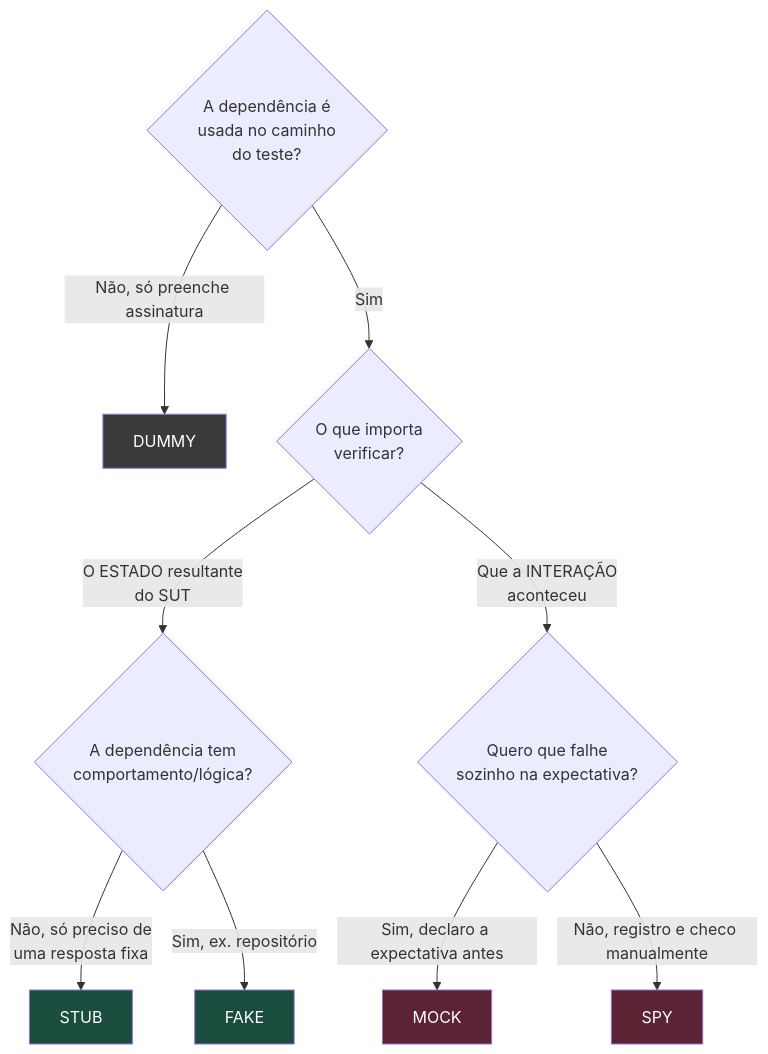
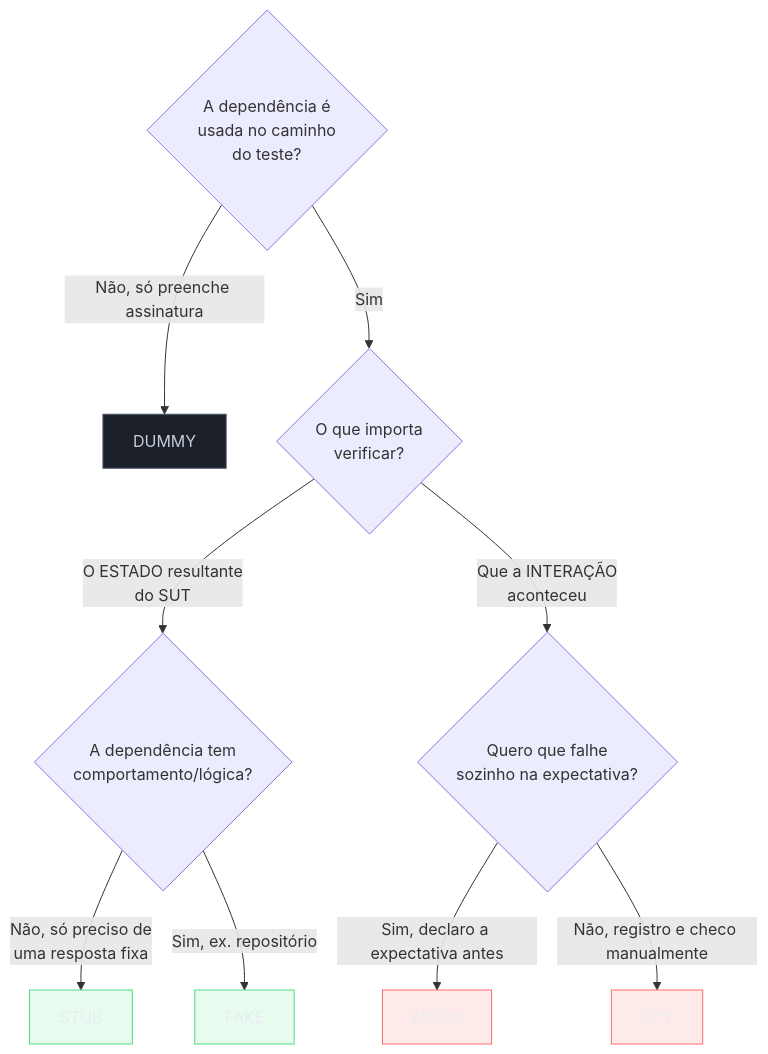
The fourth of 4 diagrams in 03-Dominios/Engenharia/Testes/05 - Test doubles - dummy, stub, spy, mock, fake.md (josenaldo/codex-technomanticus), drawn with Mermaid before and after one commit. The commit also changed other lines of this file and 1181 other files, not shown here.

First line of the commit message:
fix(diagramas): paleta do sistema no lugar de cor cravada no markdown

````diff
--- a/03-Dominios/Engenharia/Testes/05 - Test doubles - dummy, stub, spy, mock, fake.md
+++ b/03-Dominios/Engenharia/Testes/05 - Test doubles - dummy, stub, spy, mock, fake.md
@@ -229,21 +231,24 @@
 ```mermaid
 flowchart TD
+    classDef neutro fill:#1B2029,stroke:#4E5666,color:#C6CCD8
+    classDef ok fill:#4ADE8021,stroke:#4ADE80,color:#E9ECF2
+    classDef falha fill:#FF6B6B24,stroke:#FF6B6B,color:#E9ECF2
     Q1{"A dependência é<br/>usada no caminho<br/>do teste?"}
     Q1 -->|Não, só preenche assinatura| DUMMY["DUMMY"]
     Q1 -->|Sim| Q2{"O que importa<br/>verificar?"}
 
     Q2 -->|O ESTADO resultante<br/>do SUT| Q3{"A dependência tem<br/>comportamento/lógica?"}
     Q2 -->|Que a INTERAÇÃO<br/>aconteceu| Q4{"Quero que falhe<br/>sozinho na expectativa?"}
 
     Q3 -->|Não, só preciso de<br/>uma resposta fixa| STUB["STUB"]
     Q3 -->|Sim, ex. repositório| FAKE["FAKE"]
 
     Q4 -->|Sim, declaro a expectativa antes| MOCK["MOCK"]
     Q4 -->|Não, registro e checo manualmente| SPY["SPY"]
 
-    style DUMMY fill:#3a3a3a,color:#fff
-    style STUB fill:#1b4d3e,color:#fff
-    style FAKE fill:#1b4d3e,color:#fff
-    style MOCK fill:#5b2333,color:#fff
-    style SPY fill:#5b2333,color:#fff
+    class DUMMY neutro
+    class STUB ok
+    class FAKE ok
+    class MOCK falha
+    class SPY falha
 ```
````
